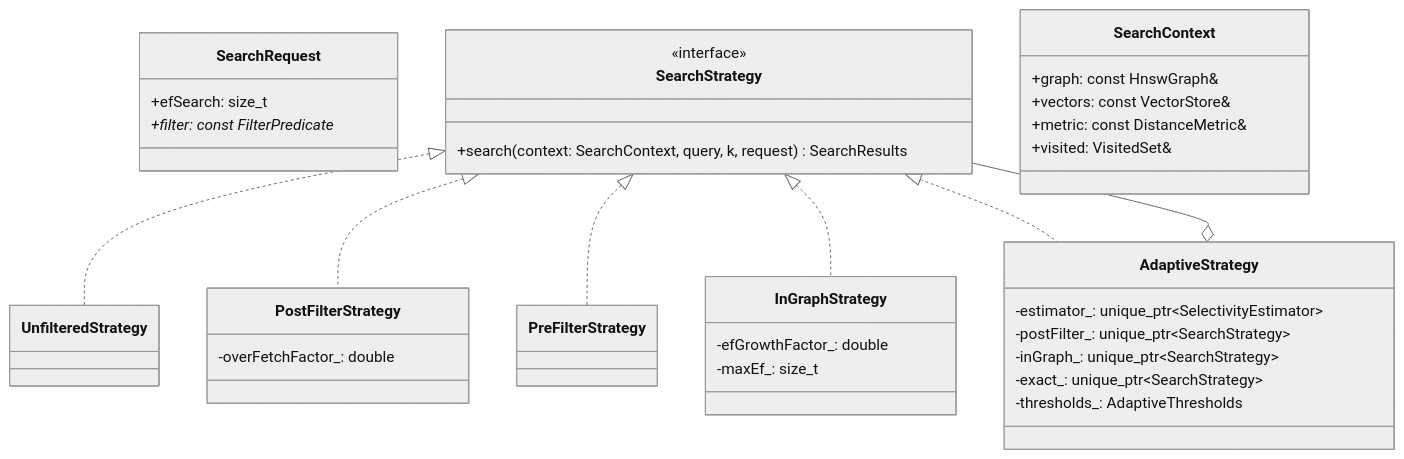
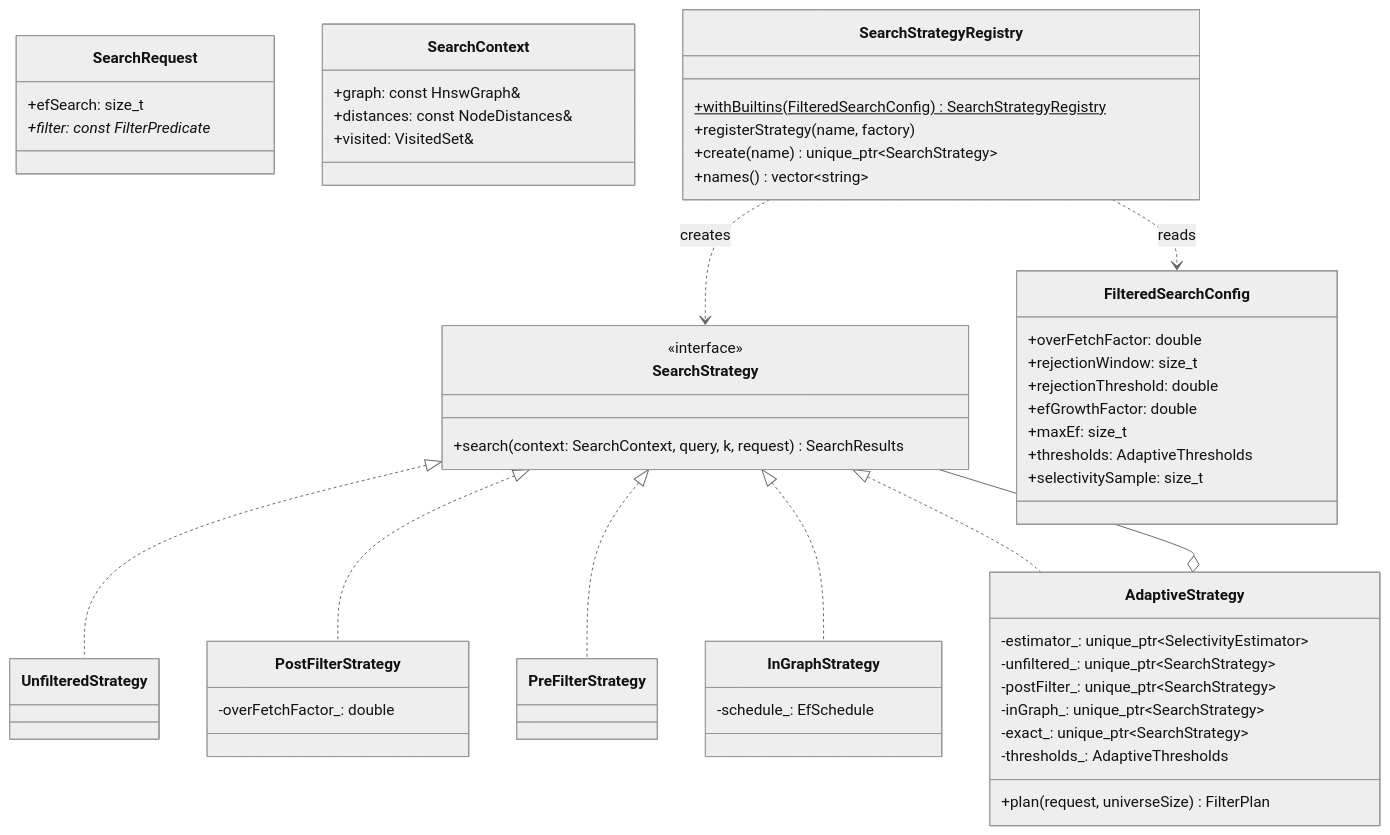
The eighth of 13 diagrams in docs/design.md (imDharaneesh/hopfilter-ann), drawn with Mermaid (neutral theme) before and after one commit. The commit also changed other lines of this file, not shown here.

First line of the commit message:
docs(design): specify the filter module and filtered search strategies

````diff
--- a/docs/design.md
+++ b/docs/design.md
@@ -371,39 +399,56 @@
 ```mermaid
 classDiagram
     class SearchRequest {
         +efSearch: size_t
         +filter: const FilterPredicate*
     }
     class SearchStrategy {
         <<interface>>
         +search(context: SearchContext, query, k, request) SearchResults
     }
     class SearchContext {
         +graph: const HnswGraph&
-        +vectors: const VectorStore&
-        +metric: const DistanceMetric&
+        +distances: const NodeDistances&
         +visited: VisitedSet&
+    }
+    class FilteredSearchConfig {
+        +overFetchFactor: double
+        +rejectionWindow: size_t
+        +rejectionThreshold: double
+        +efGrowthFactor: double
+        +maxEf: size_t
+        +thresholds: AdaptiveThresholds
+        +selectivitySample: size_t
     }
     class UnfilteredStrategy
     class PostFilterStrategy {
         -overFetchFactor_: double
     }
     class PreFilterStrategy
     class InGraphStrategy {
-        -efGrowthFactor_: double
-        -maxEf_: size_t
+        -schedule_: EfSchedule
     }
     class AdaptiveStrategy {
         -estimator_: unique_ptr~SelectivityEstimator~
+        -unfiltered_: unique_ptr~SearchStrategy~
         -postFilter_: unique_ptr~SearchStrategy~
         -inGraph_: unique_ptr~SearchStrategy~
         -exact_: unique_ptr~SearchStrategy~
         -thresholds_: AdaptiveThresholds
+        +plan(request, universeSize) FilterPlan
+    }
+    class SearchStrategyRegistry {
+        +withBuiltins(FilteredSearchConfig)$ SearchStrategyRegistry
+        +registerStrategy(name, factory)
+        +create(name) unique_ptr~SearchStrategy~
+        +names() vector~string~
     }
     SearchStrategy <|.. UnfilteredStrategy
     SearchStrategy <|.. PostFilterStrategy
     SearchStrategy <|.. PreFilterStrategy
     SearchStrategy <|.. InGraphStrategy
     SearchStrategy <|.. AdaptiveStrategy
     AdaptiveStrategy o-- SearchStrategy
+    SearchStrategyRegistry ..> SearchStrategy : creates
+    SearchStrategyRegistry ..> FilteredSearchConfig : reads
 ```
````
